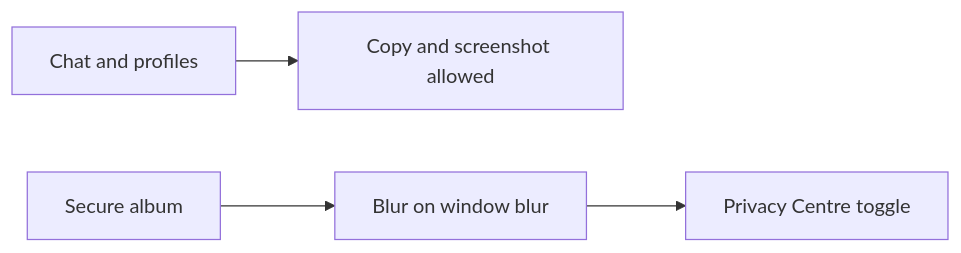
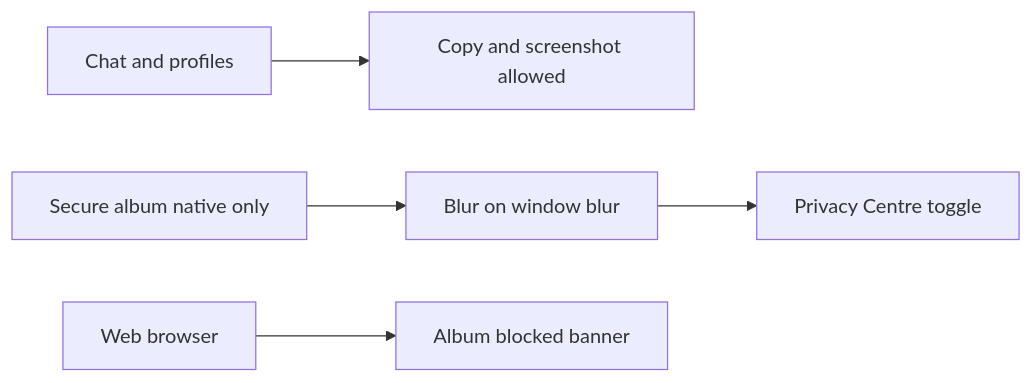
One commit to Jono120/aether-chat changed the diagram in docs/DESIGN.md. Above: the diagram before and after it, drawn with Mermaid. The commit also changed other lines of this file and 27 other files, not shown here.

````diff
--- a/docs/DESIGN.md
+++ b/docs/DESIGN.md
@@ -21,6 +21,7 @@
 ```mermaid
 flowchart LR
   ChatUI[Chat and profiles] --> AllowCopy[Copy and screenshot allowed]
-  AlbumUI[Secure album] --> Shield[Blur on window blur]
+  AlbumUI[Secure album native only] --> Shield[Blur on window blur]
+  WebUI[Web browser] --> BlockAlbum[Album blocked banner]
   Shield --> Toggle[Privacy Centre toggle]
 ```
````
